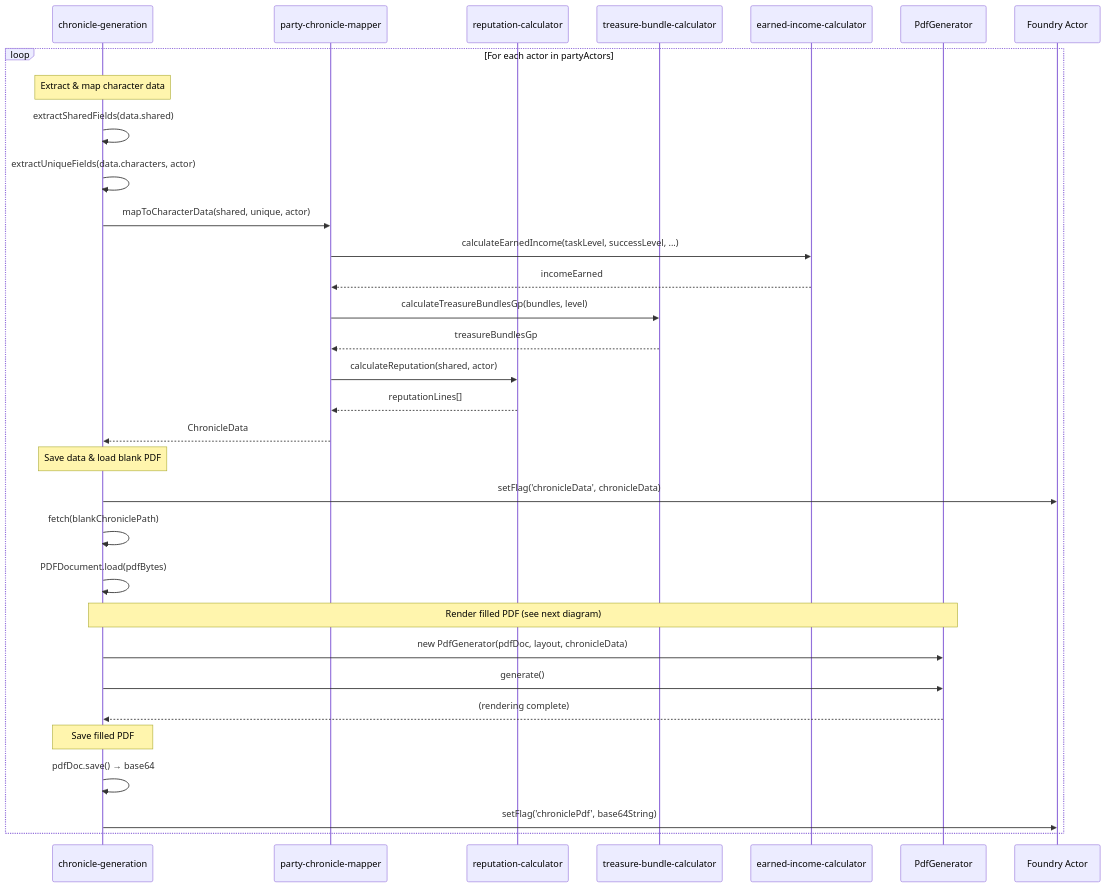
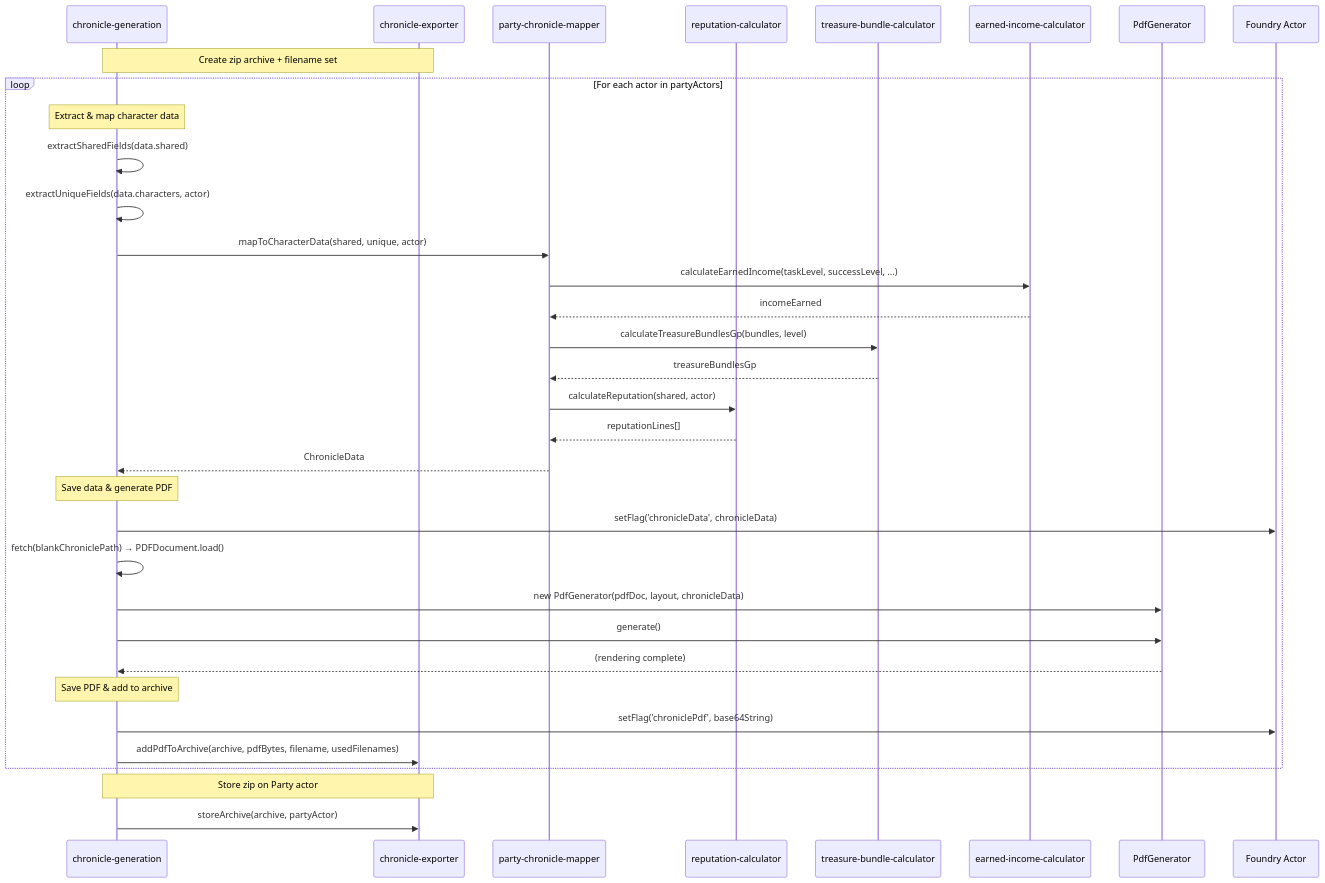
Before and after one commit to scooper4711/pfs-chronicle-generator: diagram 12 of 13 in ARCHITECTURE.md, drawn with Mermaid. The commit also changed other lines of this file, not shown here.

Commit message:
docs: updated architecture to reflect recent changes/features

````diff
--- a/ARCHITECTURE.md
+++ b/ARCHITECTURE.md
@@ -289,38 +476,41 @@
 ```mermaid
 sequenceDiagram
     participant CG as chronicle-generation
+    participant CE as chronicle-exporter
     participant PCM as party-chronicle-mapper
     participant RC as reputation-calculator
     participant TBC as treasure-bundle-calculator
     participant EIC as earned-income-calculator
     participant PG as PdfGenerator
     participant ACT as Foundry Actor
+
+    note over CG,CE: Create zip archive + filename set
 
     loop For each actor in partyActors
         note over CG: Extract & map character data
         CG->>CG: extractSharedFields(data.shared)
         CG->>CG: extractUniqueFields(data.characters, actor)
         CG->>PCM: mapToCharacterData(shared, unique, actor)
         PCM->>EIC: calculateEarnedIncome(taskLevel, successLevel, ...)
         EIC-->>PCM: incomeEarned
         PCM->>TBC: calculateTreasureBundlesGp(bundles, level)
         TBC-->>PCM: treasureBundlesGp
         PCM->>RC: calculateReputation(shared, actor)
         RC-->>PCM: reputationLines[]
         PCM-->>CG: ChronicleData
 
-        note over CG: Save data & load blank PDF
+        note over CG: Save data & generate PDF
         CG->>ACT: setFlag('chronicleData', chronicleData)
-        CG->>CG: fetch(blankChroniclePath)
-        CG->>CG: PDFDocument.load(pdfBytes)
-
-        note over CG,PG: Render filled PDF (see next diagram)
+        CG->>CG: fetch(blankChroniclePath) → PDFDocument.load()
         CG->>PG: new PdfGenerator(pdfDoc, layout, chronicleData)
         CG->>PG: generate()
         PG-->>CG: (rendering complete)
 
-        note over CG: Save filled PDF
-        CG->>CG: pdfDoc.save() → base64
+        note over CG: Save PDF & add to archive
         CG->>ACT: setFlag('chroniclePdf', base64String)
+        CG->>CE: addPdfToArchive(archive, pdfBytes, filename, usedFilenames)
     end
+
+    note over CG,CE: Store zip on Party actor
+    CG->>CE: storeArchive(archive, partyActor)
 ```
````
